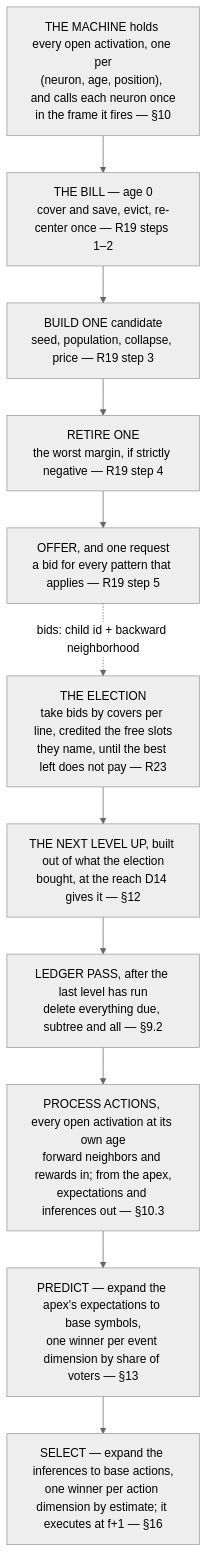
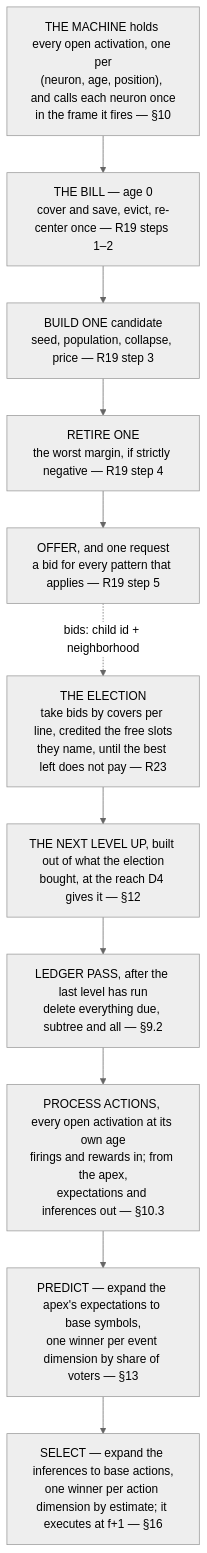
Before and after one commit to cucar/robot_brain: the diagram in docs/algorithm-remarks.md, drawn with Mermaid (neutral theme). The commit also changed other lines of this file and 2 other files, not shown here.

````diff
--- a/docs/algorithm-remarks.md
+++ b/docs/algorithm-remarks.md
@@ -893,14 +894,14 @@
 ```mermaid
 flowchart TD
     A["THE MACHINE holds every open activation, one per<br/>(neuron, age, position), and calls each neuron once<br/>in the frame it fires — §10"]
     A --> B["THE BILL — age 0<br/>cover and save, evict, re-center once — R19 steps 1–2"]
     B --> M["BUILD ONE candidate<br/>seed, population, collapse, price — R19 step 3"]
     M --> DEL["RETIRE ONE<br/>the worst margin, if strictly negative — R19 step 4"]
     DEL --> P["OFFER, and one request<br/>a bid for every pattern that applies — R19 step 5"]
-    P -.->|"bids: child id + backward neighborhood"| X["THE ELECTION<br/>take bids by covers per line, credited the free slots<br/>they name, until the best left does not pay — R23"]
-    X --> O["THE NEXT LEVEL UP, built out of what the election<br/>bought, at the reach D14 gives it — §12"]
+    P -.->|"bids: child id + neighborhood"| X["THE ELECTION<br/>take bids by covers per line, credited the free slots<br/>they name, until the best left does not pay — R23"]
+    X --> O["THE NEXT LEVEL UP, built out of what the election<br/>bought, at the reach D4 gives it — §12"]
     O --> Z["LEDGER PASS, after the last level has run<br/>delete everything due, subtree and all — §9.2"]
-    Z --> W["PROCESS ACTIONS, every open activation at its own age<br/>forward neighbors and rewards in; from the apex,<br/>expectations and inferences out — §10.3"]
+    Z --> W["PROCESS ACTIONS, every open activation at its own age<br/>firings and rewards in; from the apex,<br/>expectations and inferences out — §10.3"]
     W --> Y["PREDICT — expand the apex's expectations to base symbols,<br/>one winner per event dimension by share of voters — §13"]
     Y --> S["SELECT — expand the inferences to base actions,<br/>one winner per action dimension by estimate; it executes at f+1 — §16"]
 ```
````
